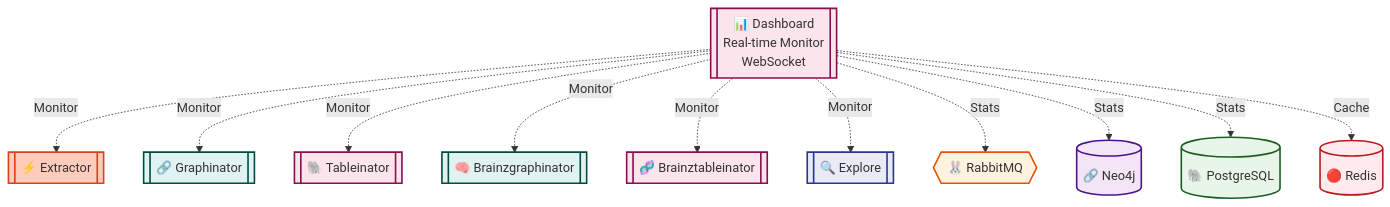
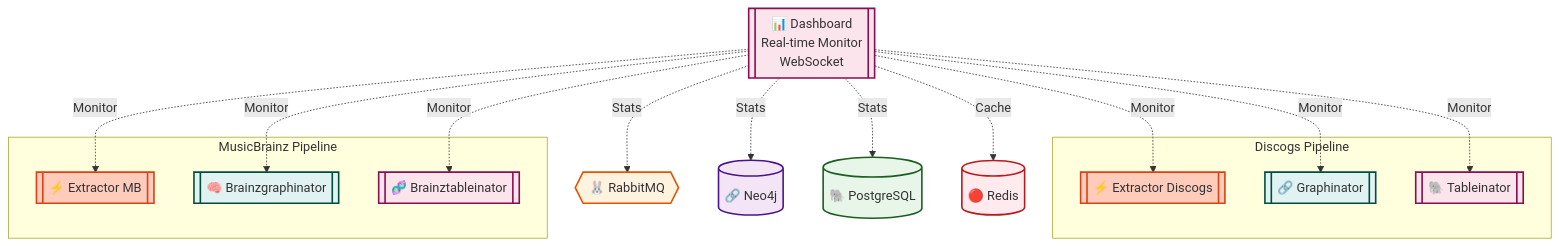
The third of 6 diagrams in docs/architecture.md (groovemap-music/deployment), drawn with Mermaid before and after one commit. The commit also changed other lines of this file and 5 other files, not shown here.

````diff
--- a/docs/architecture.md
+++ b/docs/architecture.md
@@ -140,39 +140,44 @@
 ```mermaid
 graph TD
     DASH[["📊 Dashboard<br/>Real-time Monitor<br/>WebSocket"]]
 
-    EXT[["⚡ Extractor"]]
-    GRAPH[["🔗 Graphinator"]]
-    TABLE[["🐘 Tableinator"]]
-    BGRAPH[["🧠 Brainzgraphinator"]]
-    BTABLE[["🧬 Brainztableinator"]]
-    EXPLORE[["🔍 Explore"]]
+    subgraph Discogs ["Discogs Pipeline"]
+        EXT_D[["⚡ Extractor Discogs"]]
+        GRAPH[["🔗 Graphinator"]]
+        TABLE[["🐘 Tableinator"]]
+    end
+
+    subgraph MB ["MusicBrainz Pipeline"]
+        EXT_MB[["⚡ Extractor MB"]]
+        BGRAPH[["🧠 Brainzgraphinator"]]
+        BTABLE[["🧬 Brainztableinator"]]
+    end
 
     RMQ{{"🐰 RabbitMQ"}}
     NEO4J[("🔗 Neo4j")]
     PG[("🐘 PostgreSQL")]
     REDIS[("🔴 Redis")]
 
-    DASH -.->|Monitor| EXT
+    DASH -.->|Monitor| EXT_D
     DASH -.->|Monitor| GRAPH
     DASH -.->|Monitor| TABLE
+    DASH -.->|Monitor| EXT_MB
     DASH -.->|Monitor| BGRAPH
     DASH -.->|Monitor| BTABLE
-    DASH -.->|Monitor| EXPLORE
     DASH -.->|Stats| RMQ
     DASH -.->|Stats| NEO4J
     DASH -.->|Stats| PG
     DASH -.->|Cache| REDIS
 
     style DASH fill:#fce4ec,stroke:#880e4f,stroke-width:2px
-    style EXT fill:#ffccbc,stroke:#d84315,stroke-width:2px
+    style EXT_D fill:#ffccbc,stroke:#d84315,stroke-width:2px
+    style EXT_MB fill:#ffccbc,stroke:#d84315,stroke-width:2px
     style GRAPH fill:#e0f2f1,stroke:#004d40,stroke-width:2px
     style TABLE fill:#fce4ec,stroke:#880e4f,stroke-width:2px
     style BGRAPH fill:#e0f2f1,stroke:#004d40,stroke-width:2px
     style BTABLE fill:#fce4ec,stroke:#880e4f,stroke-width:2px
-    style EXPLORE fill:#e8eaf6,stroke:#283593,stroke-width:2px
     style RMQ fill:#fff3e0,stroke:#e65100,stroke-width:2px
     style NEO4J fill:#f3e5f5,stroke:#4a148c,stroke-width:2px
     style PG fill:#e8f5e9,stroke:#1b5e20,stroke-width:2px
     style REDIS fill:#ffebee,stroke:#b71c1c,stroke-width:2px
 ```
````
